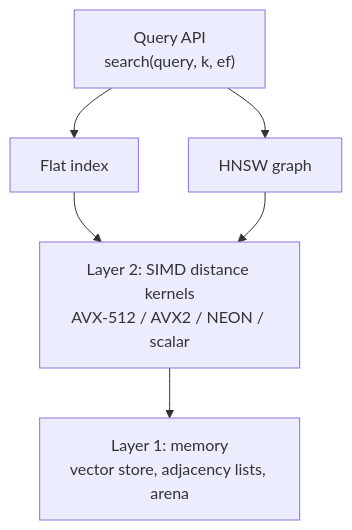
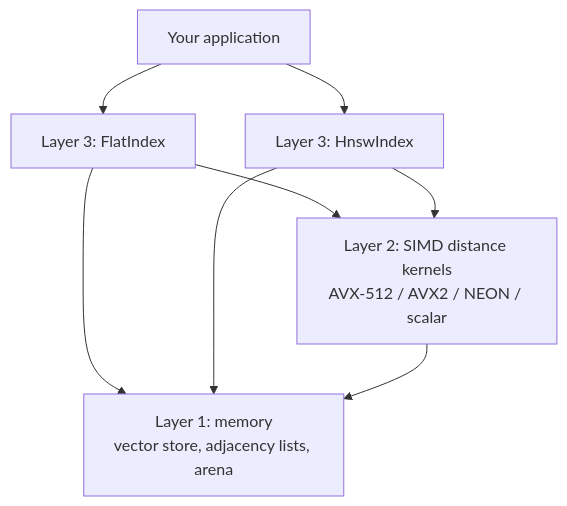
The first of 4 diagrams in README.md (praknig/hnsw_lite), drawn with Mermaid before and after one commit. The commit also changed other lines of this file and 16 other files, not shown here.

Commit message:
Added layer 3 of search

````diff
--- a/README.md
+++ b/README.md
@@ -67,8 +77,10 @@
 ```mermaid
 flowchart TB
-    A["Query API<br/>search(query, k, ef)"] --> B["Flat index"]
-    A --> C["HNSW graph"]
+    A["Your application"] --> B["Layer 3: FlatIndex"]
+    A --> C["Layer 3: HnswIndex"]
     B --> D["Layer 2: SIMD distance kernels<br/>AVX-512 / AVX2 / NEON / scalar"]
     C --> D
-    D --> E["Layer 1: memory<br/>vector store, adjacency lists, arena"]
+    B --> E["Layer 1: memory<br/>vector store, adjacency lists, arena"]
+    C --> E
+    D --> E
 ```
````
